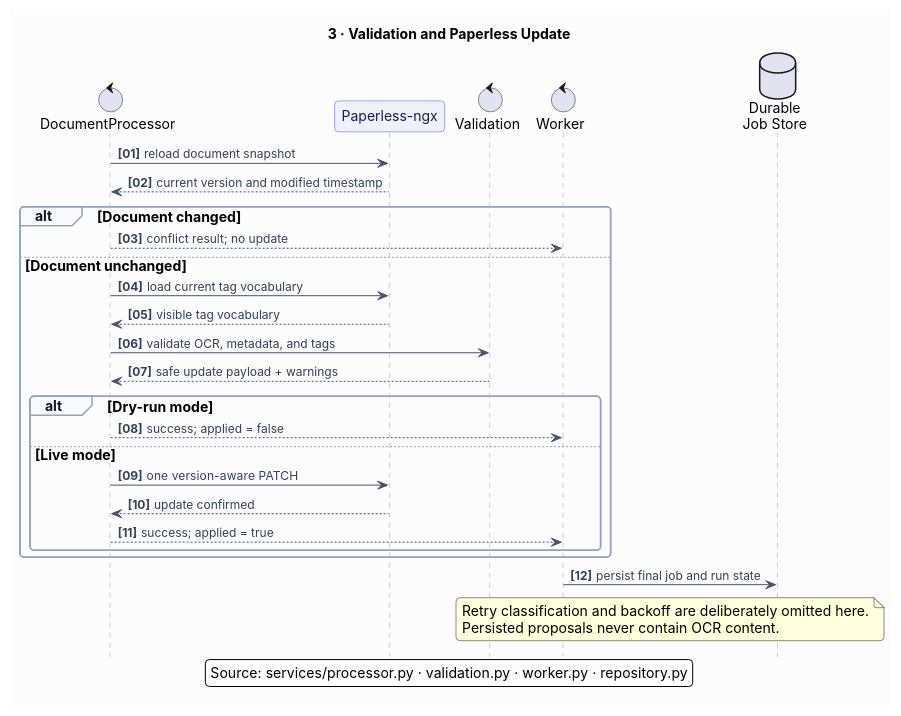
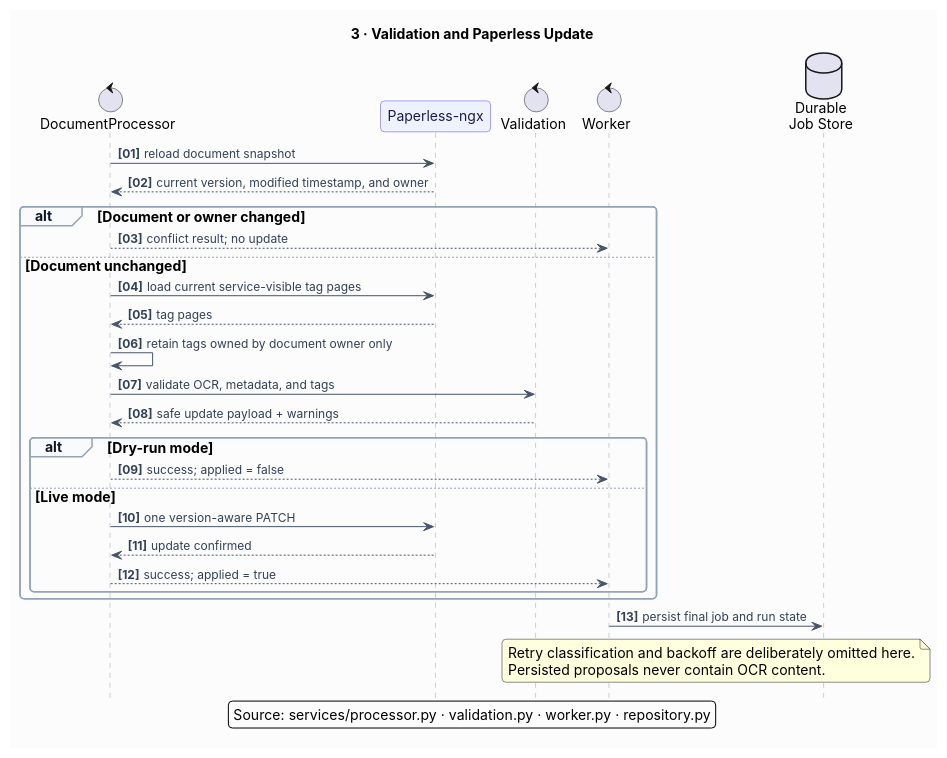
Before and after one commit to GeorgesAlkhouri/MistralDock: the diagram in docs/architecture/sequence-03-validation-update.puml, drawn with PlantUML. The commit also changed 8 other files, not shown here.

First line of the commit message:
fix: 🔒 Scope tags by document owner (#28)

```diff
--- a/docs/architecture/sequence-03-validation-update.puml
+++ b/docs/architecture/sequence-03-validation-update.puml
@@ -1,62 +1,63 @@
 @startuml
 title 3 · Validation and Paperless Update
 
 hide footbox
 autonumber "<b>[00]"
 skinparam backgroundColor #FCFCFD
 skinparam shadowing false
 skinparam roundcorner 8
 skinparam defaultFontName "Inter"
 skinparam defaultFontSize 14
 skinparam sequence {
   ArrowColor #475569
   ArrowFontColor #334155
   ArrowFontSize 12
   LifeLineBorderColor #94A3B8
   ParticipantBorderColor #4F46E5
   ParticipantBackgroundColor #EEF2FF
   ParticipantFontColor #1E1B4B
   GroupBorderColor #94A3B8
   GroupBackgroundColor #F8FAFC
   GroupHeaderFontColor #0F172A
 }
 
 control "DocumentProcessor" as Processor
 participant "Paperless-ngx" as Paperless
 control "Validation" as Validation
 control "Worker" as Worker
 database "Durable\nJob Store" as Store
 
 Processor -> Paperless : reload document snapshot
-Paperless --> Processor : current version and modified timestamp
+Paperless --> Processor : current version, modified timestamp, and owner
 
-alt Document changed
+alt Document or owner changed
   Processor --> Worker : conflict result; no update
 else Document unchanged
-  Processor -> Paperless : load current tag vocabulary
-  Paperless --> Processor : visible tag vocabulary
+  Processor -> Paperless : load current service-visible tag pages
+  Paperless --> Processor : tag pages
+  Processor -> Processor : retain tags owned by document owner only
 
   Processor -> Validation : validate OCR, metadata, and tags
   Validation --> Processor : safe update payload + warnings
 
   alt Dry-run mode
     Processor --> Worker : success; applied = false
   else Live mode
     Processor -> Paperless : one version-aware PATCH
     Paperless --> Processor : update confirmed
     Processor --> Worker : success; applied = true
   end
 end
 
 Worker -> Store : persist final job and run state
 
 note over Worker,Store
   Retry classification and backoff are deliberately omitted here.
   Persisted proposals never contain OCR content.
 end note
 
 legend bottom
   Source: services/processor.py · validation.py · worker.py · repository.py
 endlegend
 
 @enduml
```
